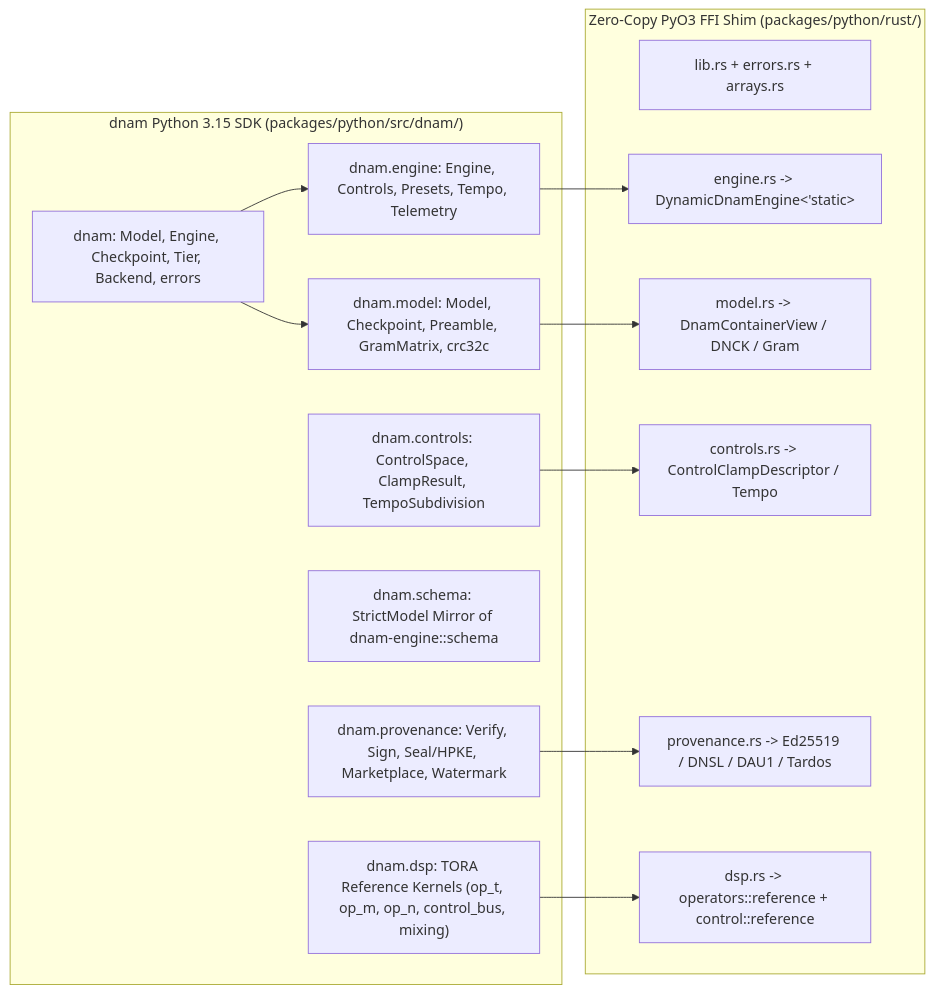
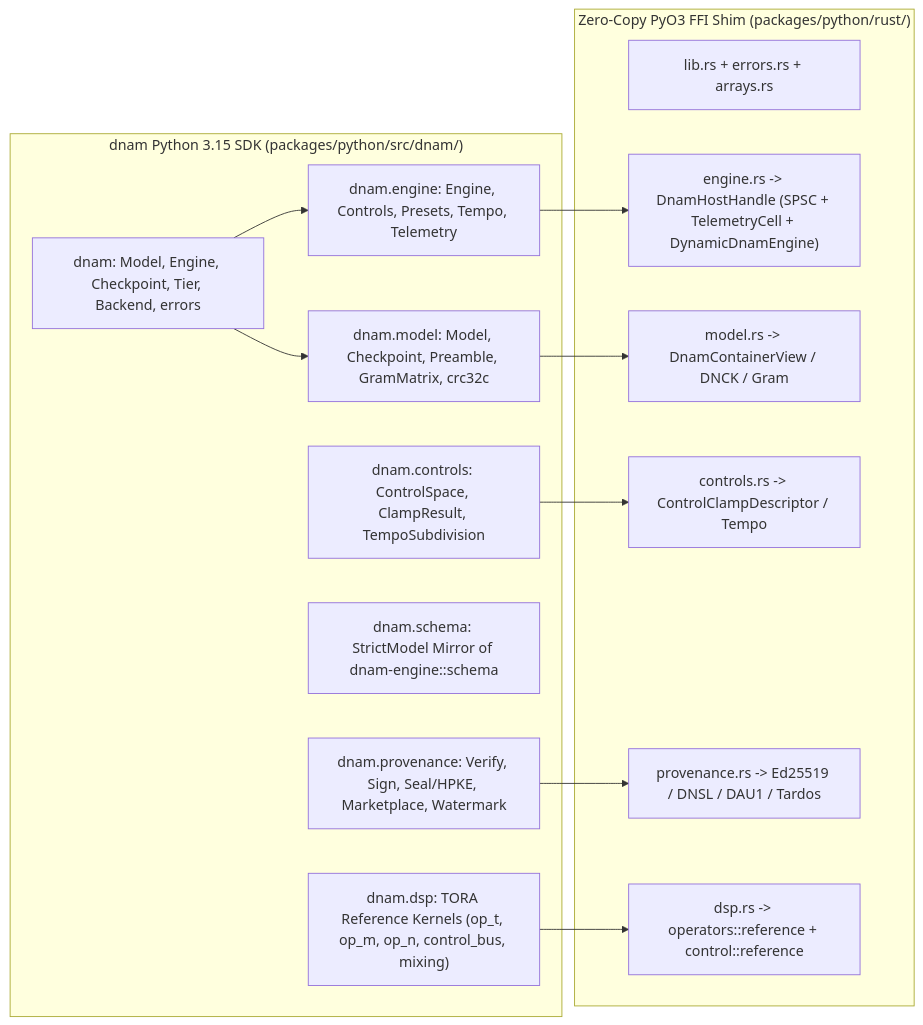
One commit to dnam-project/dnam changed the diagram in docs/specs/sdks/python_sdk.md. Above: the diagram before and after it, drawn with Mermaid. The commit also changed other lines of this file and 44 other files, not shown here.

First line of the commit message:
feat(engine,python,js): add safe lock-free SPSC control ingress, wait-free telemetry seqlock, and DnamHostHandle

````diff
--- a/docs/specs/sdks/python_sdk.md
+++ b/docs/specs/sdks/python_sdk.md
@@ -40,28 +41,28 @@
 ```mermaid
 flowchart LR
     subgraph PySDK ["dnam Python 3.15 SDK (packages/python/src/dnam/)"]
         Top["dnam: Model, Engine, Checkpoint, Tier, Backend, errors"]
         Mod["dnam.model: Model, Checkpoint, Preamble, GramMatrix, crc32c"]
         Eng["dnam.engine: Engine, Controls, Presets, Tempo, Telemetry"]
         Ctrl["dnam.controls: ControlSpace, ClampResult, TempoSubdivision"]
         Sch["dnam.schema: StrictModel Mirror of dnam-engine::schema"]
         Prov["dnam.provenance: Verify, Sign, Seal/HPKE, Marketplace, Watermark"]
         Dsp["dnam.dsp: TORA Reference Kernels (op_t, op_m, op_n, control_bus, mixing)"]
     end
 
     subgraph Native ["Zero-Copy PyO3 FFI Shim (packages/python/rust/)"]
         NCore["lib.rs + errors.rs + arrays.rs"]
-        NEng["engine.rs -> DynamicDnamEngine<'static>"]
+        NEng["engine.rs -> DnamHostHandle (SPSC + TelemetryCell + DynamicDnamEngine)"]
         NMod["model.rs -> DnamContainerView / DNCK / Gram"]
         NCtrl["controls.rs -> ControlClampDescriptor / Tempo"]
         NProv["provenance.rs -> Ed25519 / DNSL / DAU1 / Tardos"]
         NDsp["dsp.rs -> operators::reference + control::reference"]
     end
 
     Top --> Mod & Eng
     Mod --> NMod
     Eng --> NEng
     Ctrl --> NCtrl
     Prov --> NProv
     Dsp --> NDsp
 ```
````
